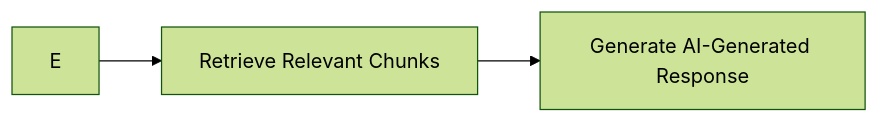
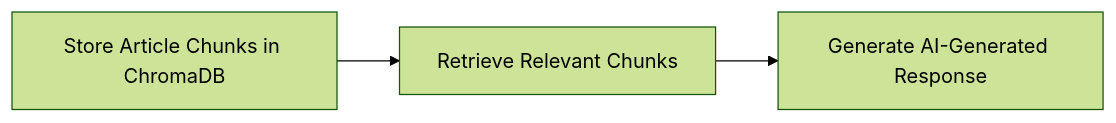
The third of 3 diagrams in README.md (WilsonH918/RAG-based-Document-Retrieval-with-ChromaDB-and-Vector-Embeddings), drawn with Mermaid (forest theme) before and after one commit. The commit also changed other lines of this file, not shown here.

````diff
--- a/README.md
+++ b/README.md
@@ -52,5 +52,5 @@
 ```mermaid
 graph LR
-    E --> F[Retrieve Relevant Chunks]
+    E[Store Article Chunks in ChromaDB] --> F[Retrieve Relevant Chunks]
     F --> G[Generate AI-Generated Response]
 ```
````
